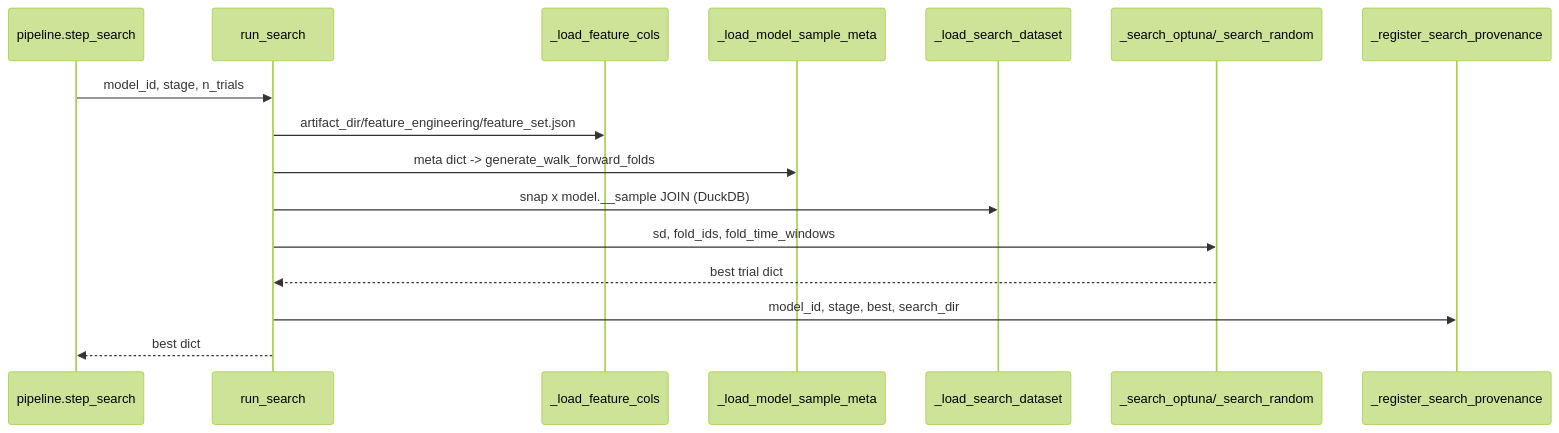
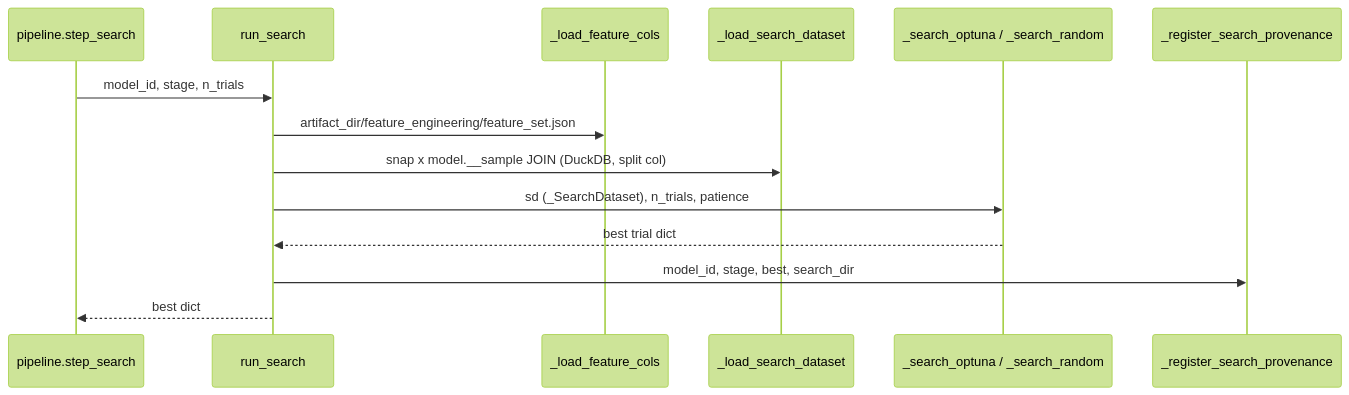
Before and after one commit to Nemesis14/chronoquant: the third of 7 diagrams in _doc_/database_and_code_doc/5520_search.md, drawn with Mermaid (forest theme). The commit also changed other lines of this file and 1415 other files, not shown here.

````diff
--- a/_doc_/database_and_code_doc/5520_search.md
+++ b/_doc_/database_and_code_doc/5520_search.md
@@ -63,18 +60,17 @@
 ```mermaid
 sequenceDiagram
   participant P as pipeline.step_search
   participant R as run_search
   participant FE as _load_feature_cols
-  participant SM as _load_model_sample_meta
   participant LD as _load_search_dataset
-  participant SR as _search_optuna/_search_random
+  participant SR as _search_optuna / _search_random
   participant PR as _register_search_provenance
+
   P ->> R: model_id, stage, n_trials
   R ->> FE: artifact_dir/feature_engineering/feature_set.json
-  R ->> SM: meta dict -> generate_walk_forward_folds
-  R ->> LD: snap x model.__sample JOIN (DuckDB)
-  R ->> SR: sd, fold_ids, fold_time_windows
+  R ->> LD: snap x model.__sample JOIN (DuckDB, split col)
+  R ->> SR: sd (_SearchDataset), n_trials, patience
   SR -->> R: best trial dict
   R ->> PR: model_id, stage, best, search_dir
   R -->> P: best dict
 ```
````
